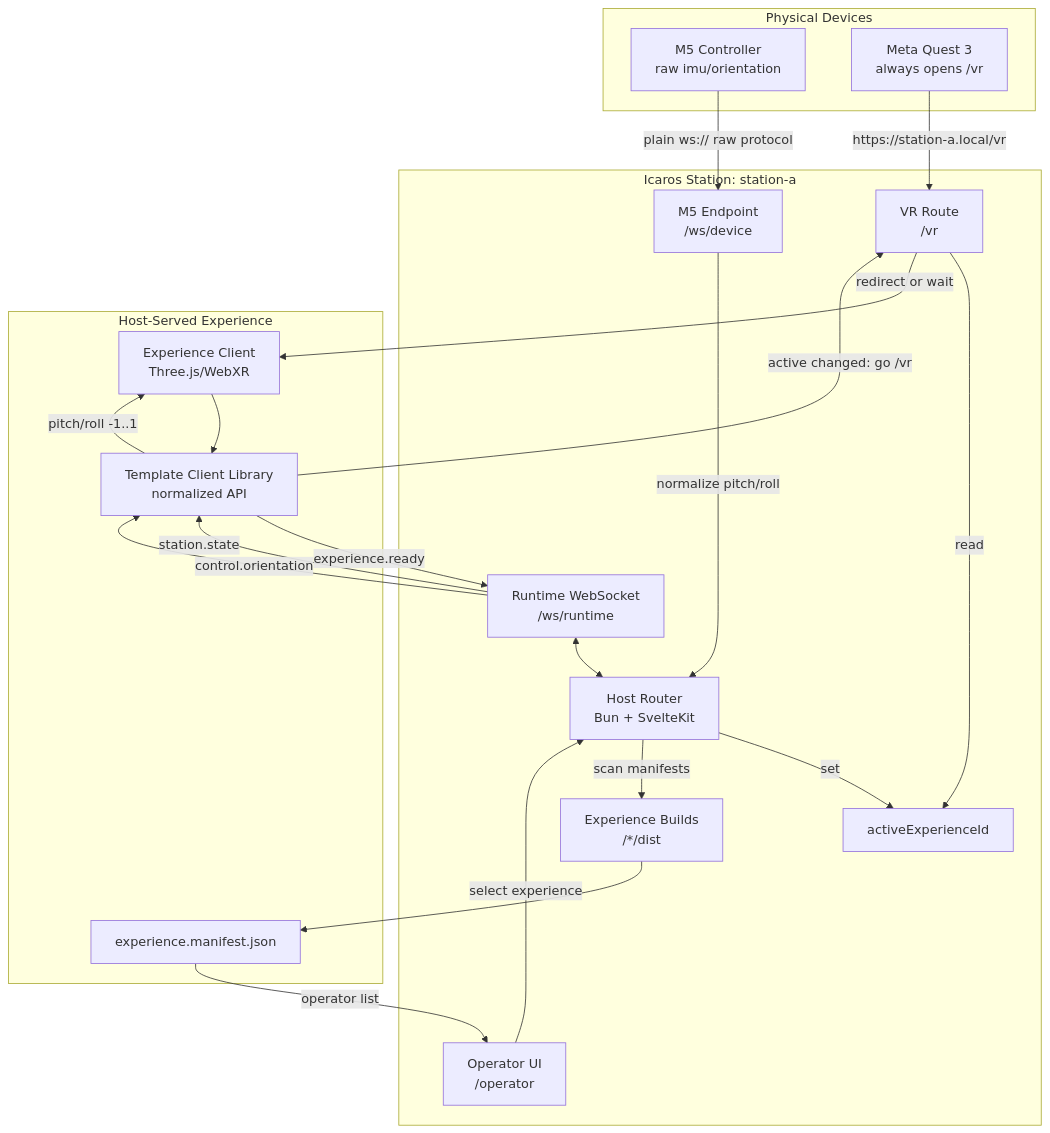
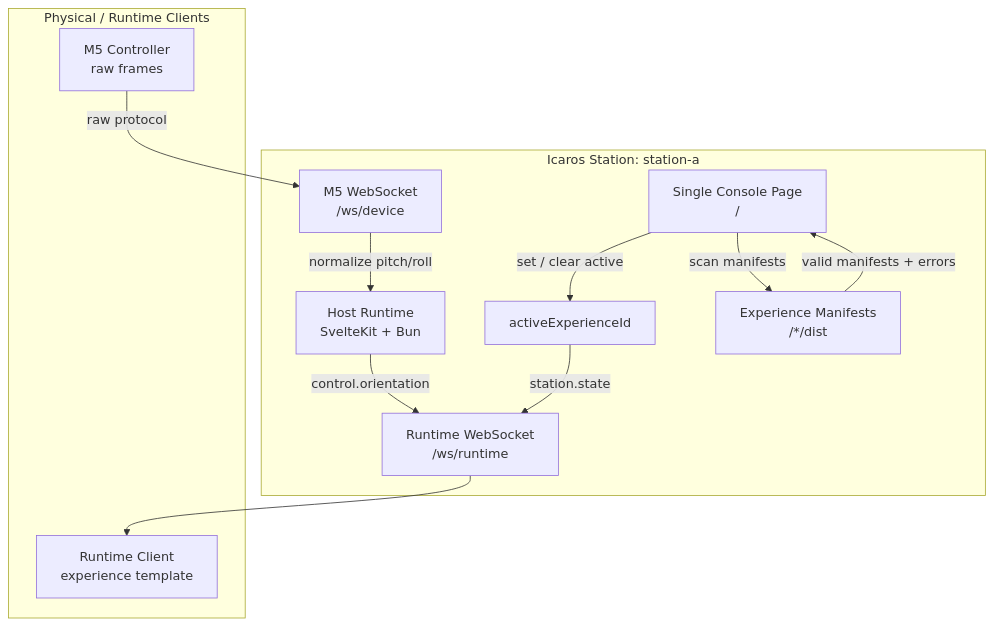
The diagram in docs/architecture.md (dweigend/Icaros_Host), drawn with Mermaid before and after one commit. The commit also changed other lines of this file and 65 other files, not shown here.

Commit message:
Build single-page Icaros host console

````diff
--- a/docs/architecture.md
+++ b/docs/architecture.md
@@ -9,45 +7,26 @@
 ```mermaid
 flowchart TD
   subgraph Station["Icaros Station: station-a"]
-    Host["Host Router\nBun + SvelteKit"]
-    Operator["Operator UI\n/operator"]
-    VrRoute["VR Route\n/vr"]
-    M5Bridge["M5 Endpoint\n/ws/device"]
+    Console["Single Console Page\n/"]
+    Host["Host Runtime\nSvelteKit + Bun"]
+    ActiveState["activeExperienceId"]
+    M5Bridge["M5 WebSocket\n/ws/device"]
     RuntimeWs["Runtime WebSocket\n/ws/runtime"]
-    ExperienceStore["Experience Builds\n<experiences-dir>/*/dist"]
-    ActiveState["activeExperienceId"]
+    ExperienceStore["Experience Manifests\n<experiences-dir>/*/dist"]
   end
 
-  subgraph DeviceLayer["Physical Devices"]
-    M5["M5 Controller\nraw imu/orientation"]
-    Quest["Meta Quest 3\nalways opens /vr"]
+  subgraph DeviceLayer["Physical / Runtime Clients"]
+    M5["M5 Controller\nraw frames"]
+    Client["Runtime Client\nexperience template"]
   end
 
-  subgraph ExperienceLayer["Host-Served Experience"]
-    ExperienceManifest["experience.manifest.json"]
-    ExperienceClient["Experience Client\nThree.js/WebXR"]
-    TemplateClient["Template Client Library\nnormalized API"]
-  end
+  M5 -->|"raw protocol"| M5Bridge
+  M5Bridge -->|"normalize pitch/roll"| Host
+  Host -->|"control.orientation"| RuntimeWs
 
-  M5 -->|"plain ws:// raw protocol"| M5Bridge
-  M5Bridge -->|"normalize pitch/roll"| Host
-
-  Operator -->|"select experience"| Host
-  Host -->|"set"| ActiveState
-  Host -->|"scan manifests"| ExperienceStore
-  ExperienceStore --> ExperienceManifest
-  ExperienceManifest -->|"operator list"| Operator
-
-  Quest -->|"https://station-a.local/vr"| VrRoute
-  VrRoute -->|"read"| ActiveState
-  VrRoute -->|"redirect or wait"| ExperienceClient
-
-  ExperienceClient --> TemplateClient
-  TemplateClient -->|"experience.ready"| RuntimeWs
-  RuntimeWs -->|"station.state"| TemplateClient
-  RuntimeWs -->|"control.orientation"| TemplateClient
-  TemplateClient -->|"pitch/roll -1..1"| ExperienceClient
-  TemplateClient -->|"active changed: go /vr"| VrRoute
-
-  RuntimeWs <--> Host
+  Console -->|"scan manifests"| ExperienceStore
+  ExperienceStore -->|"valid manifests + errors"| Console
+  Console -->|"set / clear active"| ActiveState
+  ActiveState -->|"station.state"| RuntimeWs
+  RuntimeWs --> Client
 ```
````
